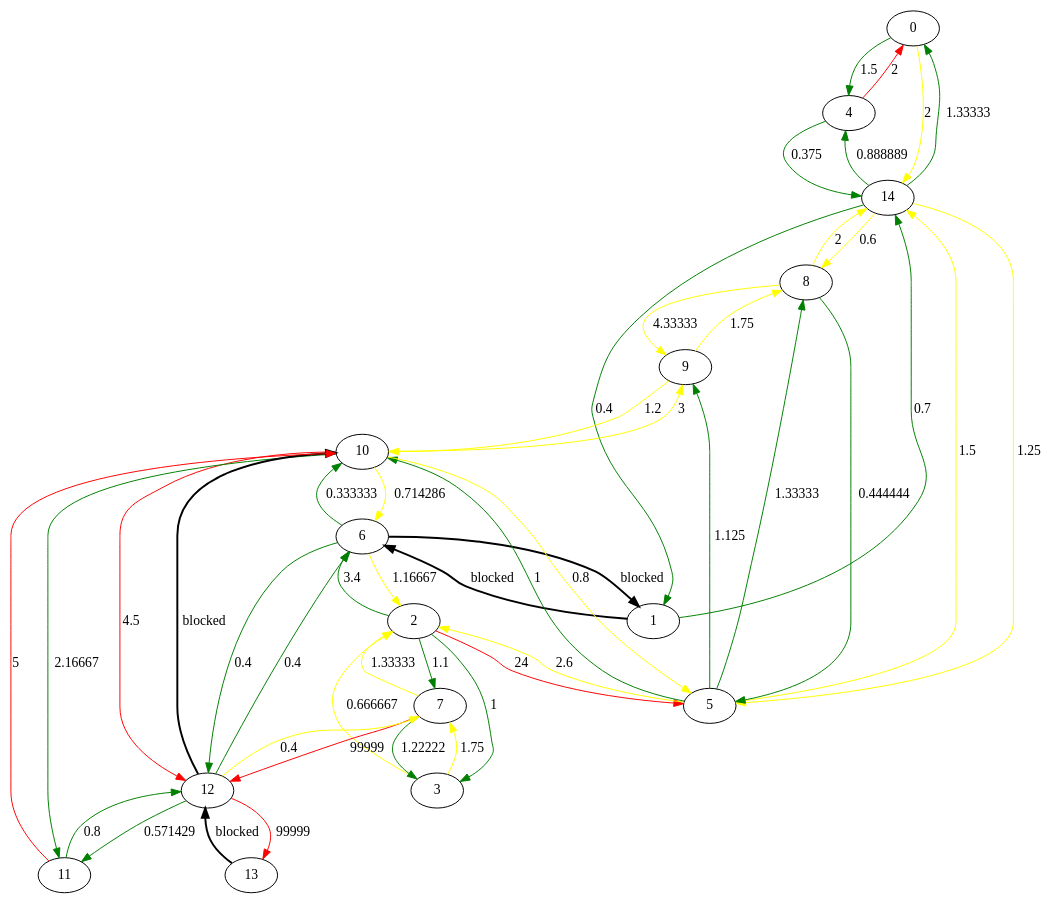
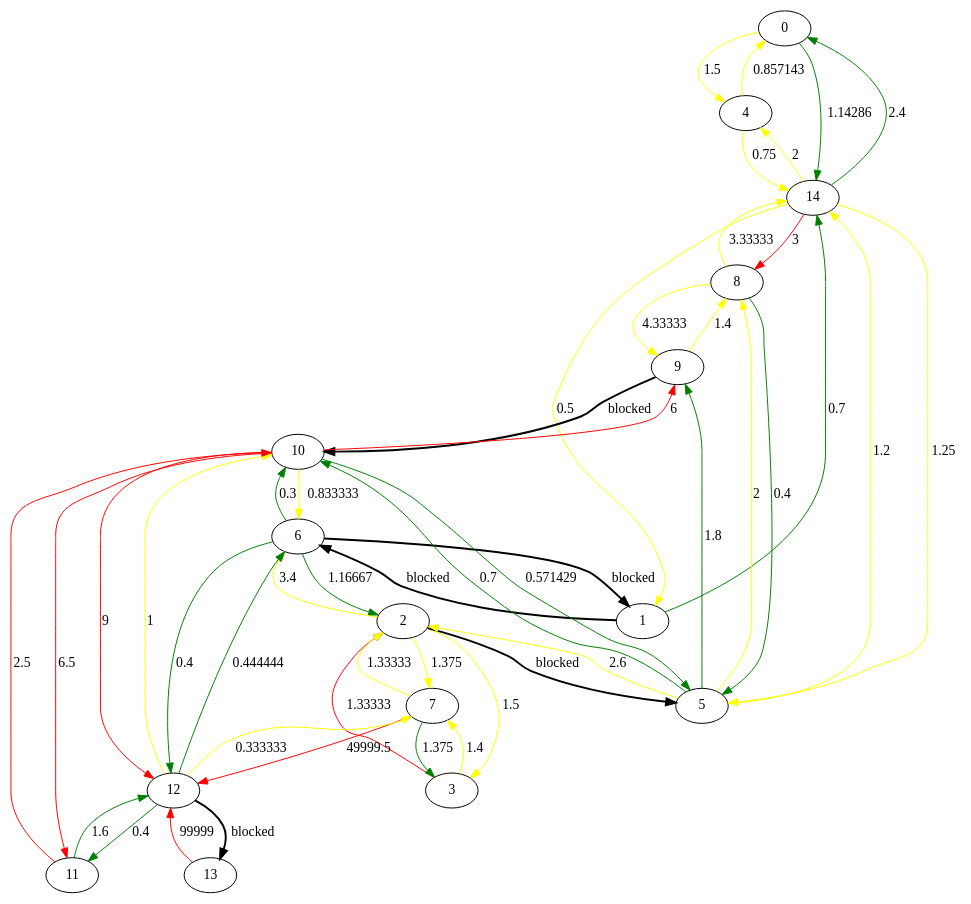
One commit to Code-with-ease/road-not-taken changed the diagram in output.dot. Above: the diagram before and after it, drawn with Graphviz. The commit also changed 4 other files, not shown here.

```diff
--- a/output.dot
+++ b/output.dot
@@ -1,49 +1,49 @@
 digraph Test {
-0 -> 4[label="1.5",color= green, penwidth="1"];
-0 -> 14[label="2",color= yellow, penwidth="1"];
+0 -> 4[label="1.5",color= yellow, penwidth="1"];
+0 -> 14[label="1.14286",color= green, penwidth="1"];
 1 -> 6[label="blocked",color= black, penwidth="2"];
 1 -> 14[label="0.7",color= green, penwidth="1"];
-2 -> 3[label="1",color= green, penwidth="1"];
-2 -> 5[label="24",color= red, penwidth="1"];
-2 -> 6[label="3.4",color= green, penwidth="1"];
-2 -> 7[label="1.1",color= green, penwidth="1"];
-3 -> 2[label="0.666667",color= yellow, penwidth="1"];
-3 -> 7[label="1.75",color= yellow, penwidth="1"];
-4 -> 0[label="2",color= red, penwidth="1"];
-4 -> 14[label="0.375",color= green, penwidth="1"];
+2 -> 3[label="1.5",color= yellow, penwidth="1"];
+2 -> 5[label="blocked",color= black, penwidth="2"];
+2 -> 6[label="3.4",color= yellow, penwidth="1"];
+2 -> 7[label="1.375",color= yellow, penwidth="1"];
+3 -> 2[label="1.33333",color= red, penwidth="1"];
+3 -> 7[label="1.4",color= yellow, penwidth="1"];
+4 -> 0[label="0.857143",color= yellow, penwidth="1"];
+4 -> 14[label="0.75",color= yellow, penwidth="1"];
 5 -> 2[label="2.6",color= yellow, penwidth="1"];
-5 -> 8[label="1.33333",color= green, penwidth="1"];
-5 -> 9[label="1.125",color= green, penwidth="1"];
-5 -> 10[label="1",color= green, penwidth="1"];
-5 -> 14[label="1.5",color= yellow, penwidth="1"];
+5 -> 8[label="2",color= yellow, penwidth="1"];
+5 -> 9[label="1.8",color= green, penwidth="1"];
+5 -> 10[label="0.7",color= green, penwidth="1"];
+5 -> 14[label="1.2",color= yellow, penwidth="1"];
 6 -> 1[label="blocked",color= black, penwidth="2"];
-6 -> 2[label="1.16667",color= yellow, penwidth="1"];
-6 -> 10[label="0.333333",color= green, penwidth="1"];
+6 -> 2[label="1.16667",color= green, penwidth="1"];
+6 -> 10[label="0.3",color= green, penwidth="1"];
 6 -> 12[label="0.4",color= green, penwidth="1"];
 7 -> 2[label="1.33333",color= yellow, penwidth="1"];
-7 -> 3[label="1.22222",color= green, penwidth="1"];
-7 -> 12[label="99999",color= red, penwidth="1"];
-8 -> 5[label="0.444444",color= green, penwidth="1"];
+7 -> 3[label="1.375",color= green, penwidth="1"];
+7 -> 12[label="49999.5",color= red, penwidth="1"];
+8 -> 5[label="0.4",color= green, penwidth="1"];
 8 -> 9[label="4.33333",color= yellow, penwidth="1"];
-8 -> 14[label="2",color= yellow, penwidth="1"];
-9 -> 8[label="1.75",color= yellow, penwidth="1"];
-9 -> 10[label="1.2",color= yellow, penwidth="1"];
-10 -> 5[label="0.8",color= yellow, penwidth="1"];
-10 -> 6[label="0.714286",color= yellow, penwidth="1"];
-10 -> 9[label="3",color= yellow, penwidth="1"];
-10 -> 11[label="2.16667",color= green, penwidth="1"];
-10 -> 12[label="4.5",color= red, penwidth="1"];
-11 -> 10[label="5",color= red, penwidth="1"];
-11 -> 12[label="0.8",color= green, penwidth="1"];
-12 -> 6[label="0.4",color= green, penwidth="1"];
-12 -> 7[label="0.4",color= yellow, penwidth="1"];
-12 -> 10[label="blocked",color= black, penwidth="2"];
-12 -> 11[label="0.571429",color= green, penwidth="1"];
-12 -> 13[label="99999",color= red, penwidth="1"];
-13 -> 12[label="blocked",color= black, penwidth="2"];
-14 -> 0[label="1.33333",color= green, penwidth="1"];
-14 -> 1[label="0.4",color= green, penwidth="1"];
-14 -> 4[label="0.888889",color= green, penwidth="1"];
+8 -> 14[label="3.33333",color= yellow, penwidth="1"];
+9 -> 8[label="1.4",color= yellow, penwidth="1"];
+9 -> 10[label="blocked",color= black, penwidth="2"];
+10 -> 5[label="0.571429",color= green, penwidth="1"];
+10 -> 6[label="0.833333",color= yellow, penwidth="1"];
+10 -> 9[label="6",color= red, penwidth="1"];
+10 -> 11[label="6.5",color= red, penwidth="1"];
+10 -> 12[label="9",color= red, penwidth="1"];
+11 -> 10[label="2.5",color= red, penwidth="1"];
+11 -> 12[label="1.6",color= green, penwidth="1"];
+12 -> 6[label="0.444444",color= green, penwidth="1"];
+12 -> 7[label="0.333333",color= yellow, penwidth="1"];
+12 -> 10[label="1",color= yellow, penwidth="1"];
+12 -> 11[label="0.4",color= green, penwidth="1"];
+12 -> 13[label="blocked",color= black, penwidth="2"];
+13 -> 12[label="99999",color= red, penwidth="1"];
+14 -> 0[label="2.4",color= green, penwidth="1"];
+14 -> 1[label="0.5",color= yellow, penwidth="1"];
+14 -> 4[label="2",color= yellow, penwidth="1"];
 14 -> 5[label="1.25",color= yellow, penwidth="1"];
-14 -> 8[label="0.6",color= yellow, penwidth="1"];
+14 -> 8[label="3",color= red, penwidth="1"];
 }
```
